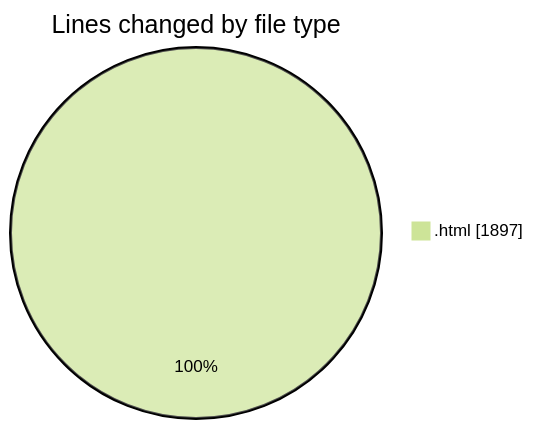
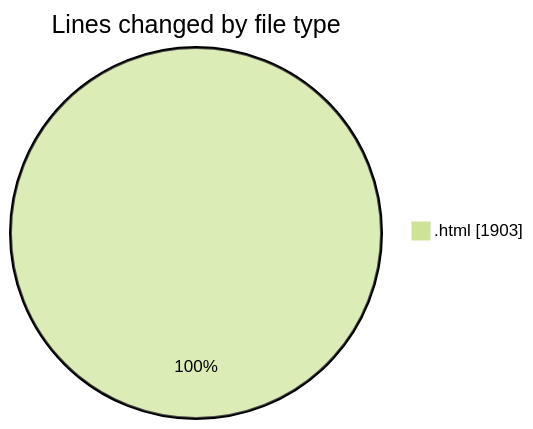
The first of 2 diagrams in 2025-01-28/0starter_files/README.md (Ritupan-Deka/code-tracking), drawn with Mermaid (forest theme) before and after one commit. The commit also changed other lines of this file and 1 other file, not shown here.

````diff
--- a/2025-01-28/0starter_files/README.md
+++ b/2025-01-28/0starter_files/README.md
@@ -20,5 +20,5 @@
 ```mermaid
 pie showData
 title Lines changed by file type
-".html" : 1897
+".html" : 1903
 ```
````
